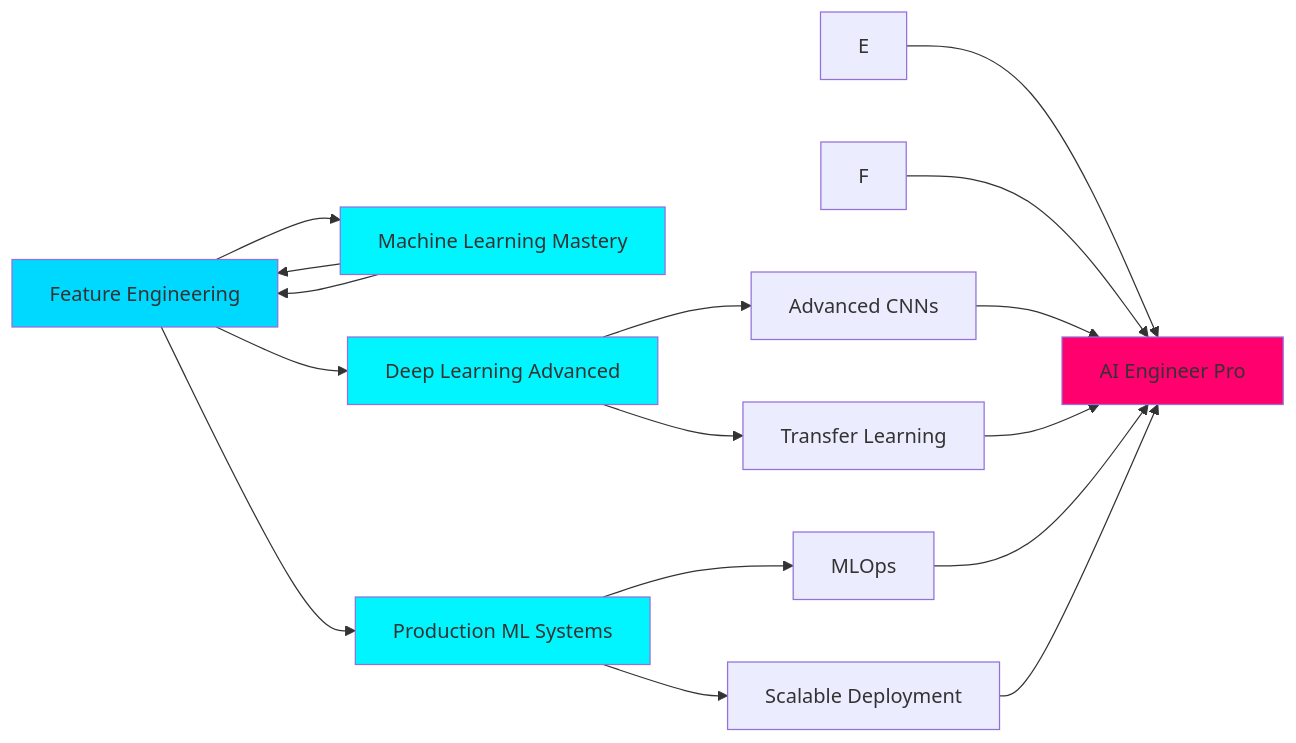
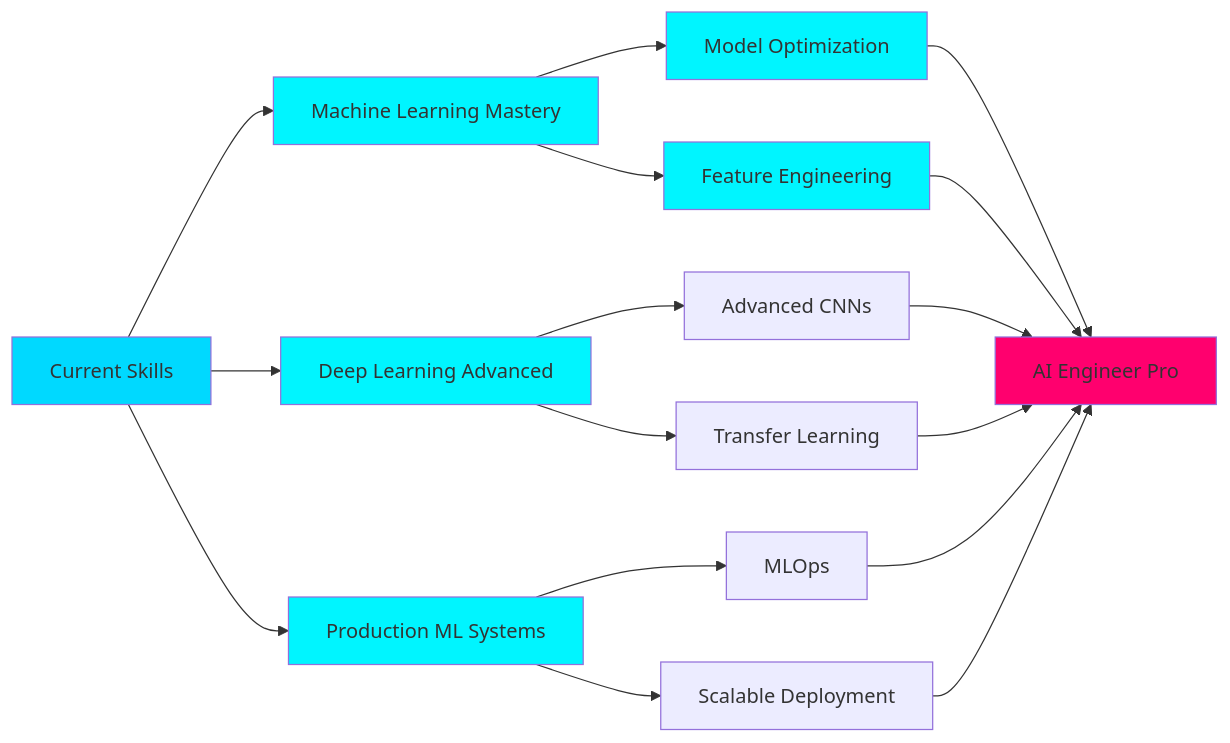
Before and after one commit to Nimit746/Nimit746: the diagram in README.md, drawn with Mermaid.

````diff
--- a/README.md
+++ b/README.md
@@ -551,28 +551,30 @@
 ```mermaid
 graph LR
     A[Current Skills] --> B[Machine Learning Mastery]
     A --> C[Deep Learning Advanced]
     A --> D[Production ML Systems]
     
-    B --> A[Model Optimization]
-    B --> A[Feature Engineering]
+    B --> E[Model Optimization]
+    B --> F[Feature Engineering]
     
     C --> G[Advanced CNNs]
     C --> H[Transfer Learning]
     
     D --> I[MLOps]
     D --> J[Scalable Deployment]
     
     E --> K[AI Engineer Pro]
     F --> K
     G --> K
     H --> K
     I --> K
     J --> K
     
     style A fill:#00D9FF
     style K fill:#FF006E
     style B fill:#00F5FF
     style C fill:#00F5FF
     style D fill:#00F5FF
+    style E fill:#00F5FF
+    style F fill:#00F5FF
 ```
````
